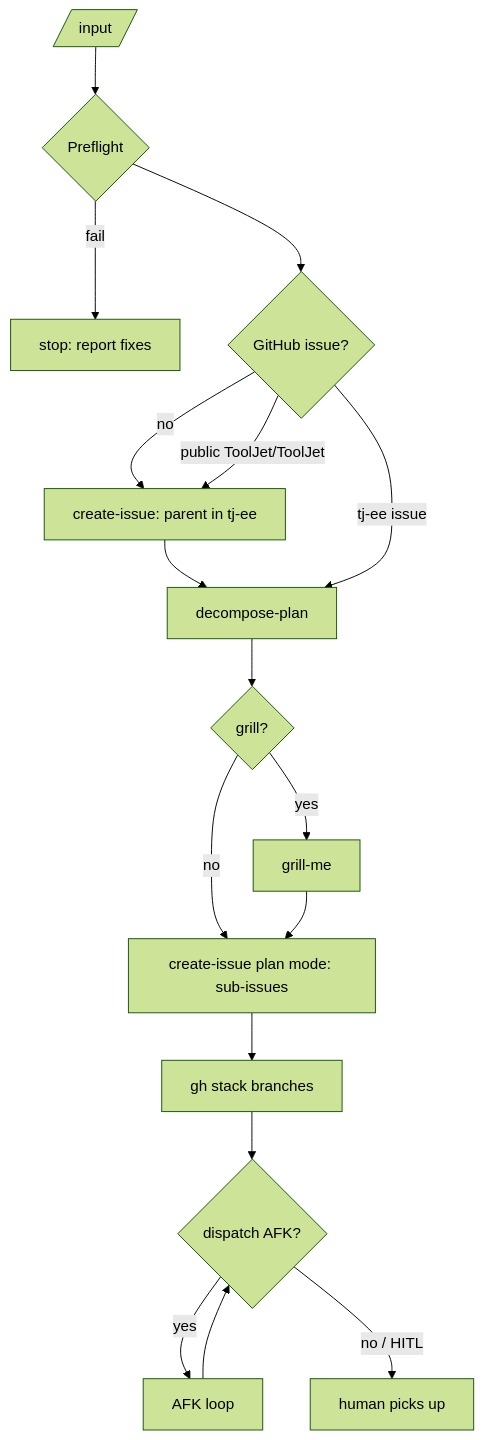
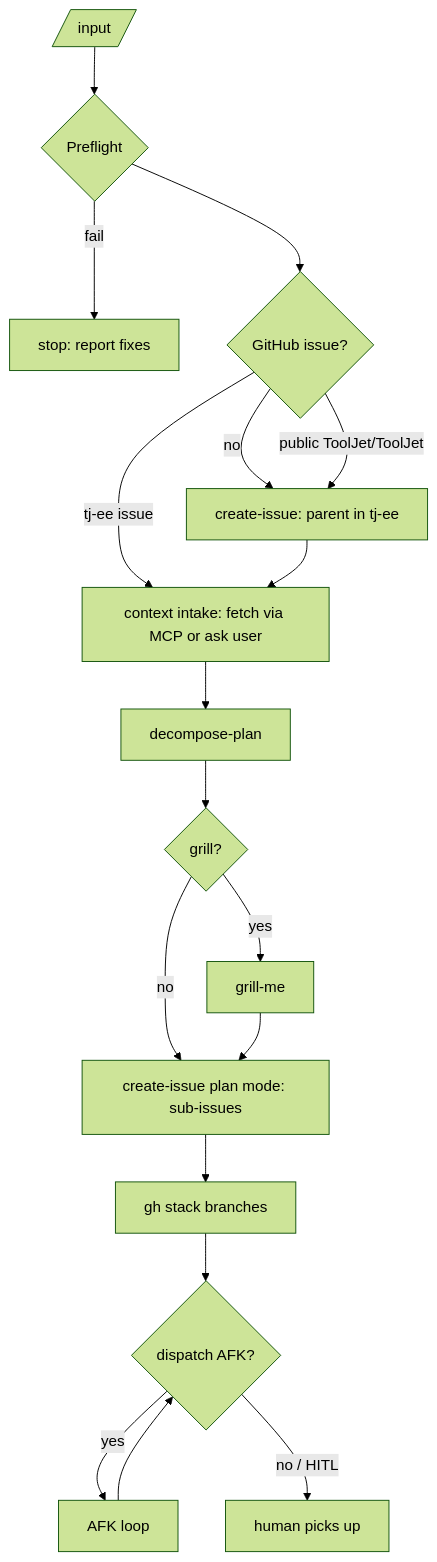
One commit to ToolJet/ToolJet changed the diagram in .agents/skills/kickoff/SKILL.md. Above: the diagram before and after it, drawn with Mermaid (forest theme). The commit also changed other lines of this file and 2 other files, not shown here.

First line of the commit message:
feat(skills): interactive context intake for kickoff

````diff
--- a/.agents/skills/kickoff/SKILL.md
+++ b/.agents/skills/kickoff/SKILL.md
@@ -14,19 +15,20 @@
 ```mermaid
 flowchart TD
   A[/input/] --> P{Preflight}
   P -- fail --> X[stop: report fixes]
   P --> B{GitHub issue?}
   B -- no --> C[create-issue: parent in tj-ee]
   B -- public ToolJet/ToolJet --> C
-  C --> D
-  B -- tj-ee issue --> D[decompose-plan]
+  B -- tj-ee issue --> CI[context intake: fetch via MCP or ask user]
+  C --> CI
+  CI --> D[decompose-plan]
   D --> G{grill?}
   G -- yes --> H[grill-me]
   G -- no --> I
   H --> I[create-issue plan mode: sub-issues]
   I --> S[gh stack branches]
   S --> L{dispatch AFK?}
   L -- yes --> M[AFK loop]
   M --> L
   L -- no / HITL --> O[human picks up]
 ```
````
